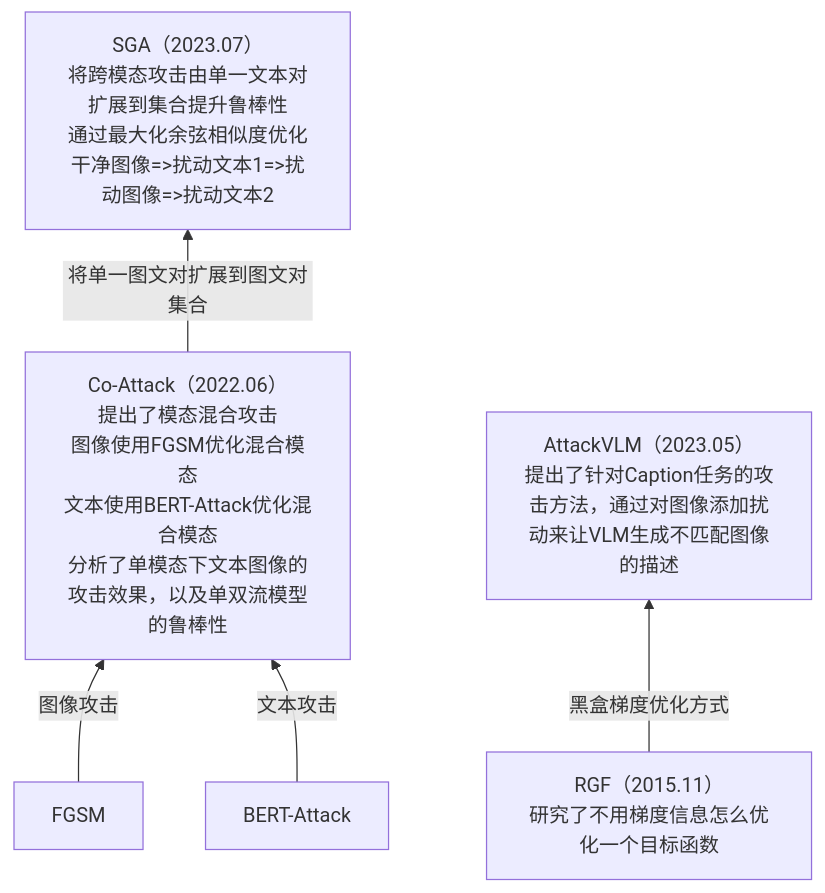
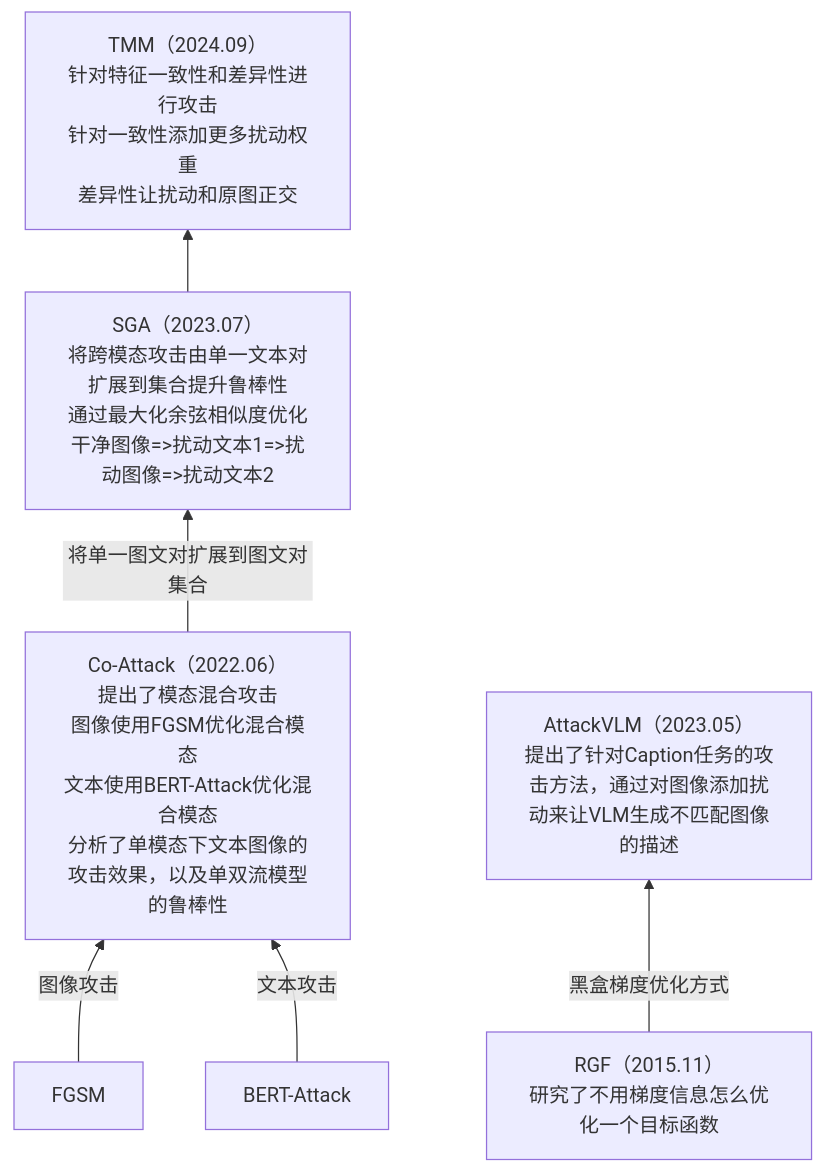
Before and after one commit to Elephant-King9/Paper: the fourth of 6 diagrams in Attack/Adversarial_Attack/VLP/analyse.md, drawn with Mermaid. The commit also changed other lines of this file and 3 other files, not shown here.

````diff
--- a/Attack/Adversarial_Attack/VLP/analyse.md
+++ b/Attack/Adversarial_Attack/VLP/analyse.md
@@ -43,14 +44,16 @@
 ```mermaid
 flowchart BT
     FGSM-->|图像攻击|Co-Attack
     BERT-Attack-->|文本攻击|Co-Attack
     Co-Attack-->|将单一图文对扩展到图文对集合|SGA
+    SGA-->TMM
 	  RGF-->|黑盒梯度优化方式|AttackVLM
 	  
 	  
 	  Co-Attack[Co-Attack（2022.06）<br>提出了模态混合攻击<br>图像使用FGSM优化混合模态<br>文本使用BERT-Attack优化混合模态<br>分析了单模态下文本图像的攻击效果，以及单双流模型的鲁棒性]
 	  AttackVLM[AttackVLM（2023.05）<br>提出了针对Caption任务的攻击方法，通过对图像添加扰动来让VLM生成不匹配图像的描述]
 	  FGSM[FGSM]
 	  RGF[RGF（2015.11）<br>研究了不用梯度信息怎么优化一个目标函数]
 	  SGA[SGA（2023.07）<br>将跨模态攻击由单一文本对扩展到集合提升鲁棒性<br>通过最大化余弦相似度优化<br>干净图像=>扰动文本1=>扰动图像=>扰动文本2]
+	  TMM[TMM（2024.09）<br>针对特征一致性和差异性进行攻击<br>针对一致性添加更多扰动权重<br>差异性让扰动和原图正交]
 ```
````
